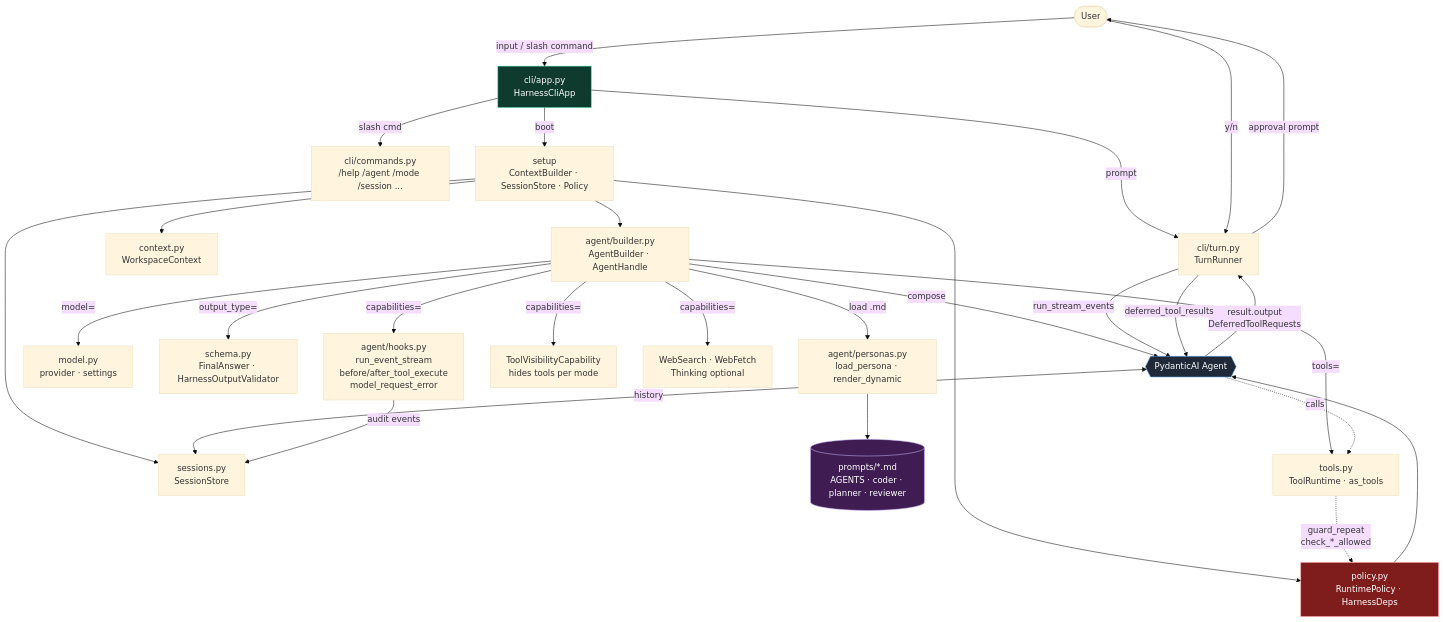
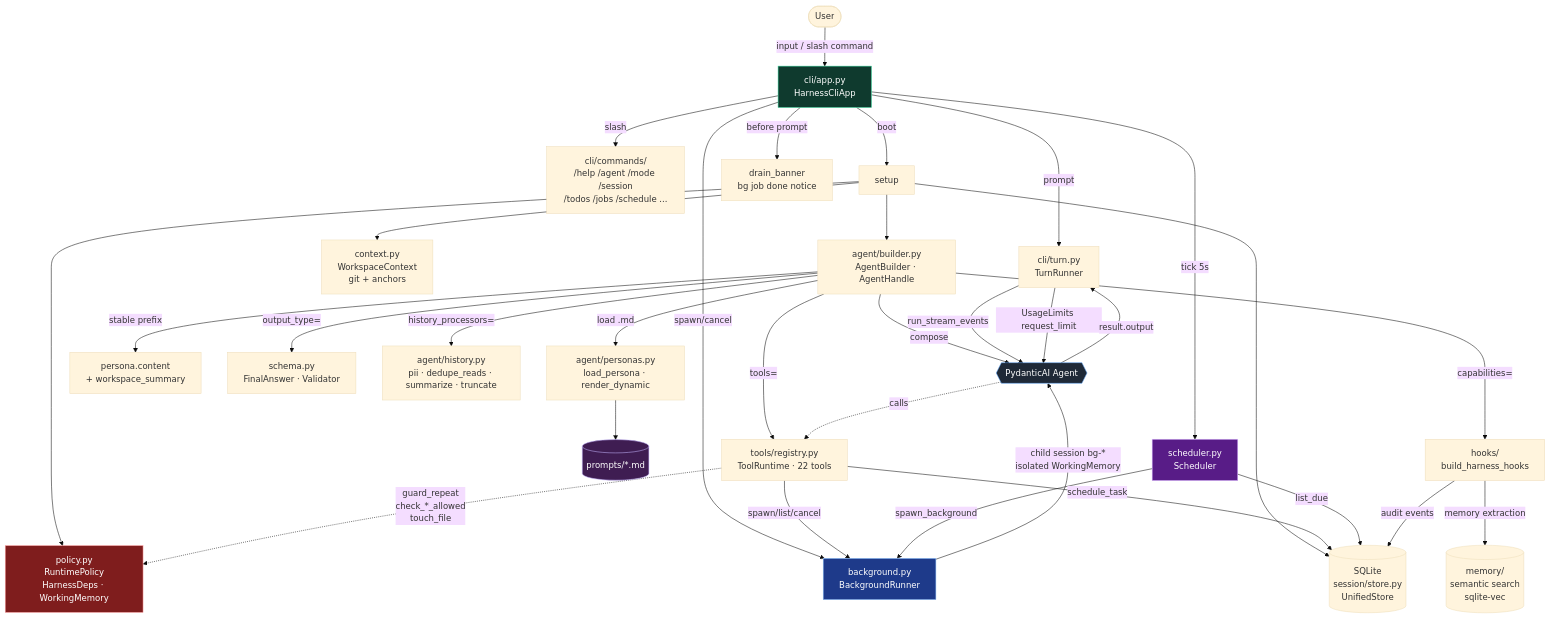
Before and after one commit to oornnery/harness-lab: the first of 4 diagrams in README.md, drawn with Mermaid (base theme). The commit also changed other lines of this file and 102 other files, not shown here.

````diff
--- a/README.md
+++ b/README.md
@@ -20,42 +22,48 @@
 ```mermaid
 flowchart TB
     U([User]) -->|input / slash command| APP[cli/app.py<br/>HarnessCliApp]
 
-    APP -->|slash cmd| CMD[cli/commands.py<br/>/help /agent /mode /session ...]
+    APP -->|slash| CMD[cli/commands/<br/>/help /agent /mode /session<br/>/todos /jobs /schedule ...]
     APP -->|prompt| TURN[cli/turn.py<br/>TurnRunner]
-    APP -->|boot| SETUP[setup<br/>ContextBuilder · SessionStore · Policy]
+    APP -->|tick 5s| SCHED[scheduler.py<br/>Scheduler]
+    APP -->|spawn/cancel| BGR[background.py<br/>BackgroundRunner]
+    APP -->|boot| SETUP[setup]
 
-    SETUP --> CTX[context.py<br/>WorkspaceContext]
-    SETUP --> POL[policy.py<br/>RuntimePolicy · HarnessDeps]
-    SETUP --> SES[sessions.py<br/>SessionStore]
+    SETUP --> CTX[context.py<br/>WorkspaceContext<br/>git + anchors]
+    SETUP --> POL[policy.py<br/>RuntimePolicy<br/>HarnessDeps · WorkingMemory]
+    SETUP --> SES[(SQLite<br/>session/store.py<br/>UnifiedStore)]
     SETUP --> BUILD[agent/builder.py<br/>AgentBuilder · AgentHandle]
 
     BUILD -->|load .md| PERS[agent/personas.py<br/>load_persona · render_dynamic]
-    PERS --> PMD[(prompts/*.md<br/>AGENTS · coder · planner · reviewer)]
-
-    BUILD -->|model=| MDL[model.py<br/>provider · settings]
-    BUILD -->|tools=| TR[tools.py<br/>ToolRuntime · as_tools]
-    BUILD -->|output_type=| OUT[schema.py<br/>FinalAnswer · HarnessOutputValidator]
-    BUILD -->|capabilities=| HK[agent/hooks.py<br/>run_event_stream<br/>before/after_tool_execute<br/>model_request_error]
-    BUILD -->|capabilities=| TVC[ToolVisibilityCapability<br/>hides tools per mode]
-    BUILD -->|capabilities=| WEB[WebSearch · WebFetch<br/>Thinking optional]
+    PERS --> PMD[(prompts/*.md)]
+    BUILD -->|stable prefix| STATIC[persona.content<br/>+ workspace_summary]
+    BUILD -->|tools=| TR[tools/registry.py<br/>ToolRuntime · 22 tools]
+    BUILD -->|output_type=| OUT[schema.py<br/>FinalAnswer · Validator]
+    BUILD -->|capabilities=| HK[hooks/<br/>build_harness_hooks]
+    BUILD -->|history_processors=| HP[agent/history.py<br/>pii · dedupe_reads · summarize · truncate]
     BUILD -->|compose| AGENT{{PydanticAI Agent}}
 
     TURN -->|run_stream_events| AGENT
+    TURN -->|UsageLimits request_limit| AGENT
     AGENT -.->|calls| TR
-    TR -.->|guard_repeat<br/>check_*_allowed| POL
-    AGENT -->|result.output<br/>DeferredToolRequests| TURN
-    TURN -->|approval prompt| U
-    U -->|y/n| TURN
-    TURN -->|deferred_tool_results| AGENT
+    TR -.->|guard_repeat<br/>check_*_allowed<br/>touch_file| POL
+    AGENT -->|result.output| TURN
 
-    AGENT <-->|history| SES
+    TR -->|spawn/list/cancel| BGR
+    TR -->|schedule_task| SES
+    SCHED -->|list_due| SES
+    SCHED -->|spawn_background| BGR
+    BGR -->|child session bg-*<br/>isolated WorkingMemory| AGENT
+
+    HK -->|memory extraction| MEM[(memory/<br/>semantic search<br/>sqlite-vec)]
     HK -->|audit events| SES
 
-    POL --> AGENT
+    APP -->|before prompt| BANNER[drain_banner<br/>bg job done notice]
 
     style AGENT fill:#1f2937,stroke:#60a5fa,color:#fff
     style POL fill:#7f1d1d,stroke:#fca5a5,color:#fff
     style APP fill:#0f3a2e,stroke:#34d399,color:#fff
     style PMD fill:#3f1d52,stroke:#c4b5fd,color:#fff
+    style BGR fill:#1e3a8a,stroke:#93c5fd,color:#fff
+    style SCHED fill:#581c87,stroke:#d8b4fe,color:#fff
 ```
````
